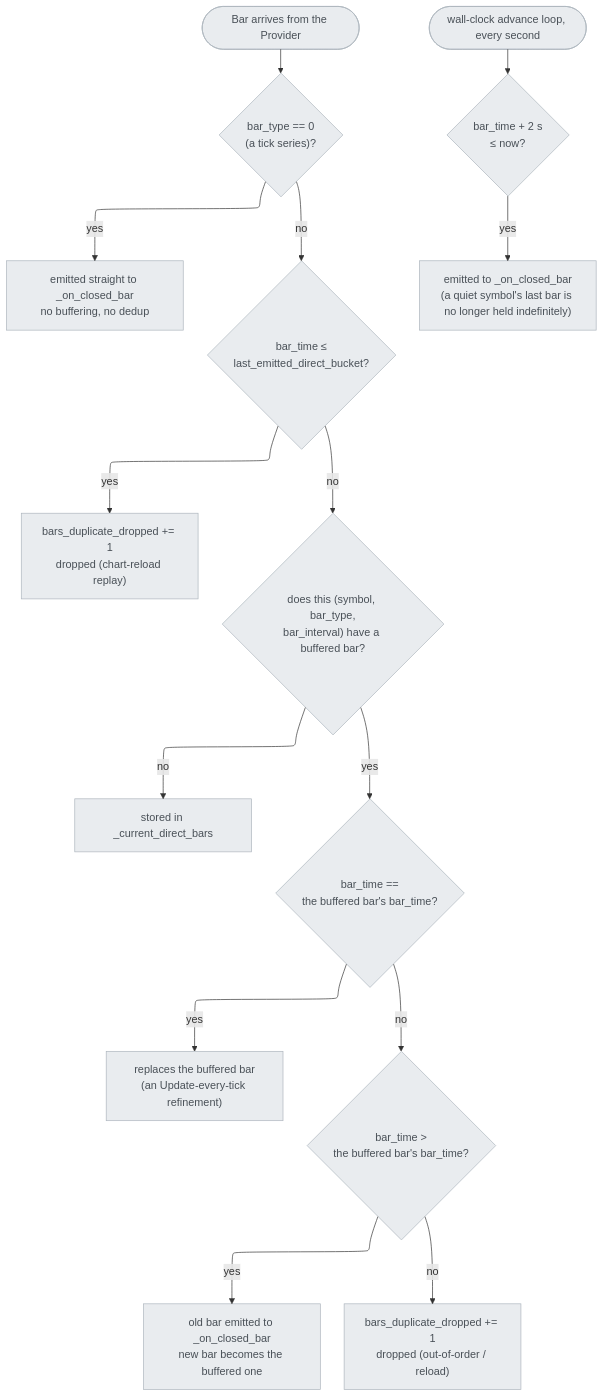
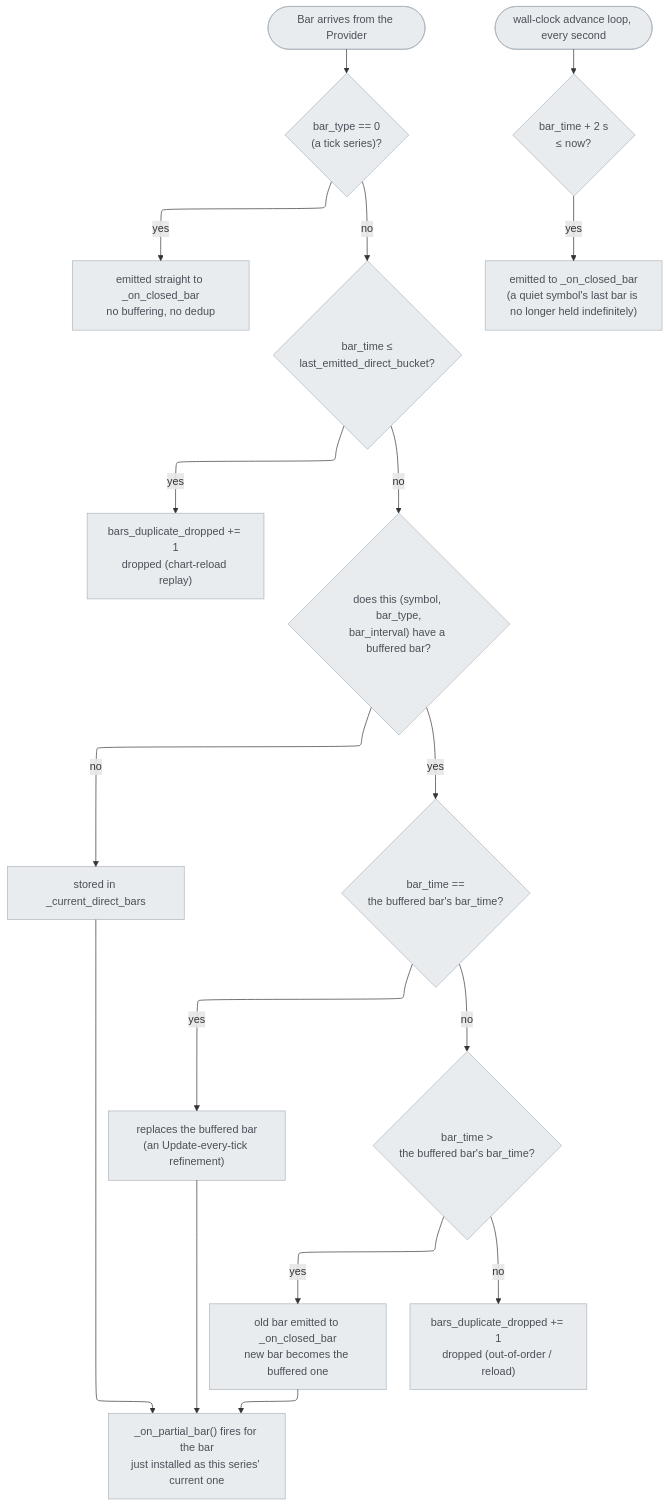
The third of 4 diagrams in docs/architecture.md (millerlai/tradestation-data-provider), drawn with Mermaid before and after one commit. The commit also changed other lines of this file and 8 other files, not shown here.

````diff
--- a/docs/architecture.md
+++ b/docs/architecture.md
@@ -527,25 +528,29 @@
 ```mermaid
 ---
 config:
   flowchart:
     defaultRenderer: elk
 ---
 flowchart TD
     START(["Bar arrives from the Provider"]) --> ISTICK{"bar_type == 0<br/>(a tick series)?"}
     ISTICK -->|"yes"| EMITTICK["emitted straight to _on_closed_bar<br/>no buffering, no dedup"]
     ISTICK -->|"no"| CHECKDUP{"bar_time ≤<br/>last_emitted_direct_bucket?"}
     CHECKDUP -->|"yes"| DROPDUP["bars_duplicate_dropped += 1<br/>dropped (chart-reload replay)"]
     CHECKDUP -->|"no"| HASCUR{"does this (symbol, bar_type,<br/>bar_interval) have a buffered bar?"}
     HASCUR -->|"no"| BUFFER["stored in _current_direct_bars"]
     HASCUR -->|"yes"| SAMEBUCKET{"bar_time ==<br/>the buffered bar's bar_time?"}
     SAMEBUCKET -->|"yes"| REPLACE["replaces the buffered bar<br/>(an Update-every-tick refinement)"]
     SAMEBUCKET -->|"no"| NEWER{"bar_time ><br/>the buffered bar's bar_time?"}
     NEWER -->|"yes"| EMITOLD["old bar emitted to _on_closed_bar<br/>new bar becomes the buffered one"]
     NEWER -->|"no"| DROPREORDER["bars_duplicate_dropped += 1<br/>dropped (out-of-order / reload)"]
 
+    BUFFER --> FIREP["_on_partial_bar() fires for the bar<br/>just installed as this series' current one"]
+    REPLACE --> FIREP
+    EMITOLD --> FIREP
+
     ADVANCE(["wall-clock advance loop, every second"]) --> GRACE{"bar_time + 2 s<br/>≤ now?"}
     GRACE -->|"yes"| EMITGRACE["emitted to _on_closed_bar<br/>(a quiet symbol's last bar is no longer held indefinitely)"]
 
     classDef existing fill:#e9ecef,stroke:#adb5bd,color:#495057
-    class START,ISTICK,EMITTICK,CHECKDUP,DROPDUP,HASCUR,BUFFER,SAMEBUCKET,REPLACE,NEWER,EMITOLD,DROPREORDER,ADVANCE,GRACE,EMITGRACE existing
+    class START,ISTICK,EMITTICK,CHECKDUP,DROPDUP,HASCUR,BUFFER,SAMEBUCKET,REPLACE,NEWER,EMITOLD,DROPREORDER,FIREP,ADVANCE,GRACE,EMITGRACE existing
 ```
````
